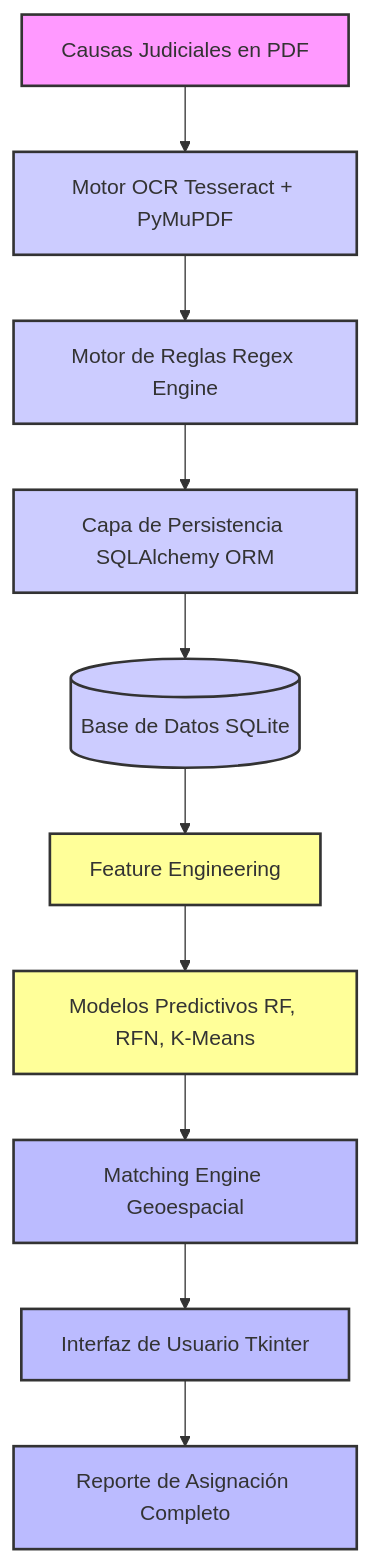
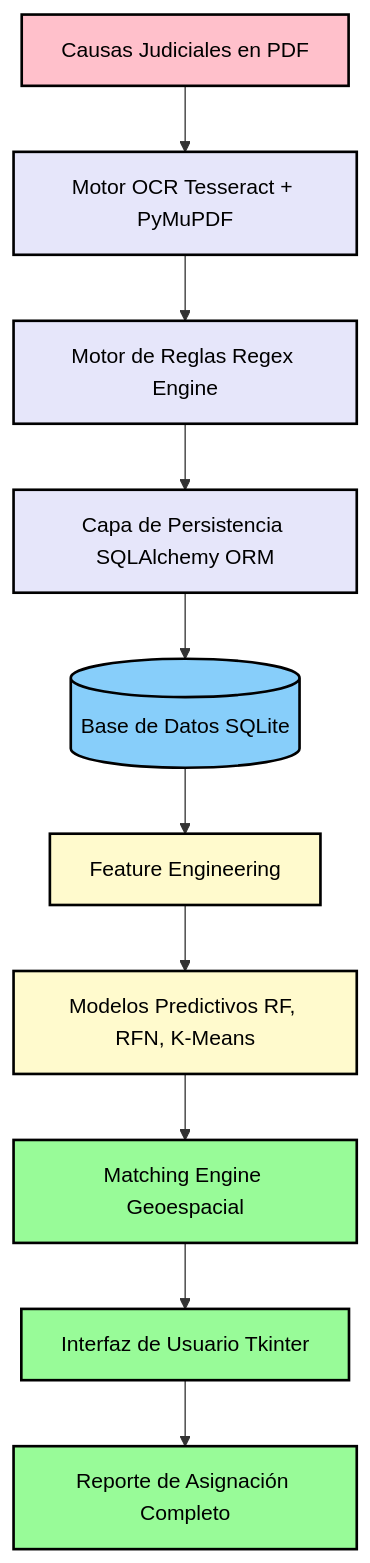
One commit to Bastian-SotoM/legal-document-etl-pipeline changed the diagram in README.md. Above: the diagram before and after it, drawn with Mermaid.

````diff
--- a/README.md
+++ b/README.md
@@ -53,34 +53,39 @@
 ```mermaid
 graph TD
+    %% Definición de Nodos
     PDF[Causas Judiciales en PDF]
     OCR[Motor OCR Tesseract + PyMuPDF]
     Regex[Motor de Reglas Regex Engine]
     ORM[Capa de Persistencia SQLAlchemy ORM]
     DB[(Base de Datos SQLite)]
     FE[Feature Engineering]
     ML[Modelos Predictivos RF, RFN, K-Means]
     Match[Matching Engine Geoespacial]
     App[Interfaz de Usuario Tkinter]
     Reporte[Reporte de Asignación Completo]
 
+    %% Definición de Conexiones
     PDF --> OCR
     OCR --> Regex
     Regex --> ORM
     ORM --> DB
     DB --> FE
     FE --> ML
     ML --> Match
     Match --> App
     App --> Reporte
 
-%% Estilos
-    classDef fuente fill:#f9f,stroke:#333,stroke-width:2px;
-    classDef proceso fill:#ccf,stroke:#333,stroke-width:2px;
-    classDef analitica fill:#ff9,stroke:#333,stroke-width:2px;
-    classDef salida fill:#bbf,stroke:#333,stroke-width:2px;
+    %% Definición de Estilos de Alto Contraste (Fondo claro, Texto negro)
+    classDef fuente fill:#FFC0CB,stroke:#000,stroke-width:2px,color:#000;
+    classDef proceso fill:#E6E6FA,stroke:#000,stroke-width:2px,color:#000;
+    classDef bd fill:#87CEFA,stroke:#000,stroke-width:2px,color:#000;
+    classDef analitica fill:#FFFACD,stroke:#000,stroke-width:2px,color:#000;
+    classDef salida fill:#98FB98,stroke:#000,stroke-width:2px,color:#000;
 
+    %% Asignación de Clases a Nodos
     class PDF fuente;
-    class OCR,Regex,ORM,DB proceso;
+    class OCR,Regex,ORM proceso;
+    class DB bd;
     class FE,ML analitica;
     class Match,App,Reporte salida;
 ```
````
